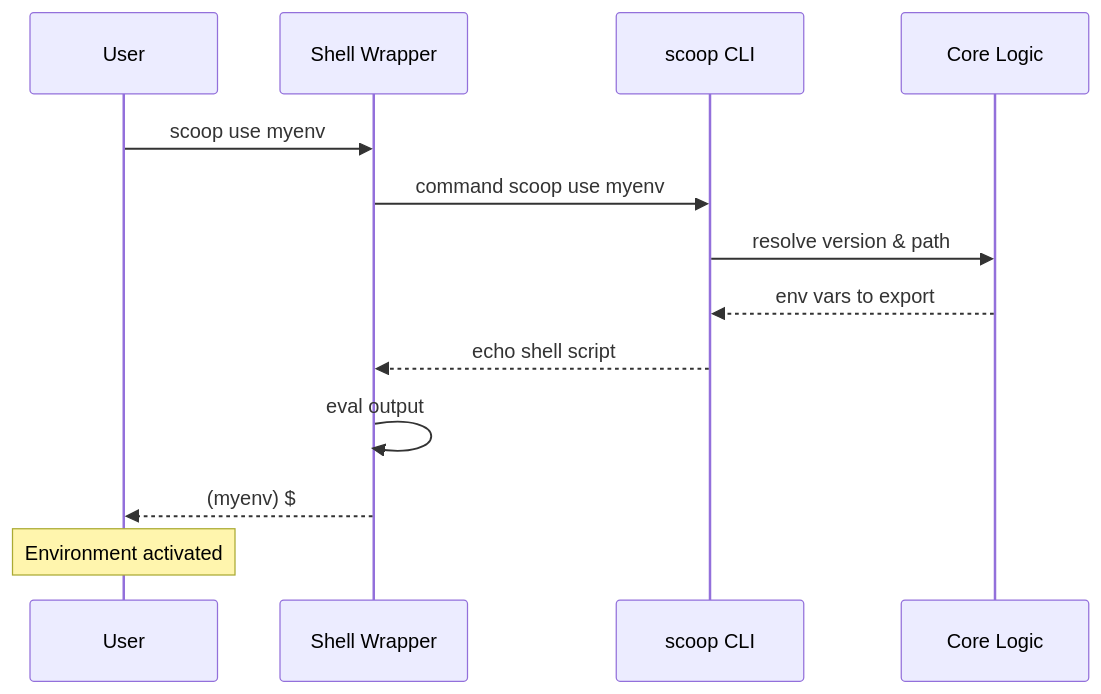
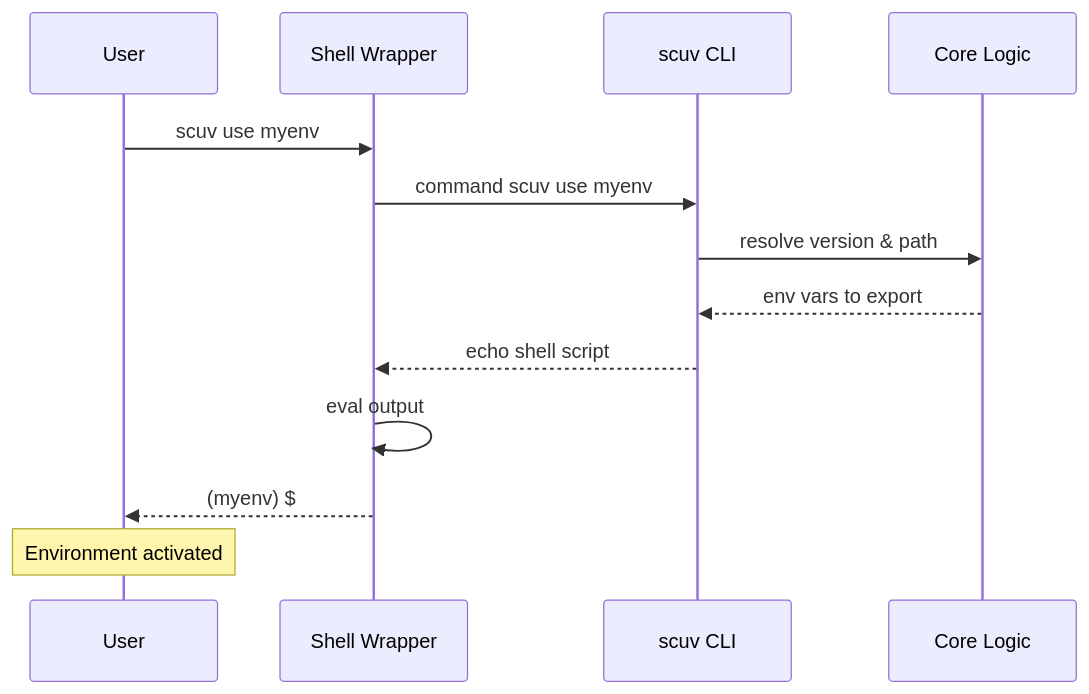
Before and after one commit to ai-screams/scoop-uv: the third of 6 diagrams in docs/src/development/architecture.md, drawn with Mermaid. The commit also changed other lines of this file and 46 other files, not shown here.

````diff
--- a/docs/src/development/architecture.md
+++ b/docs/src/development/architecture.md
@@ -199,16 +199,16 @@
 ```mermaid
 sequenceDiagram
     participant User
     participant Shell as Shell Wrapper
-    participant CLI as scoop CLI
+    participant CLI as scuv CLI
     participant Core as Core Logic
 
-    User->>Shell: scoop use myenv
-    Shell->>CLI: command scoop use myenv
+    User->>Shell: scuv use myenv
+    Shell->>CLI: command scuv use myenv
     CLI->>Core: resolve version & path
     Core-->>CLI: env vars to export
     CLI-->>Shell: echo shell script
     Shell->>Shell: eval output
     Shell-->>User: (myenv) $
     Note over User: Environment activated
 ```
````
